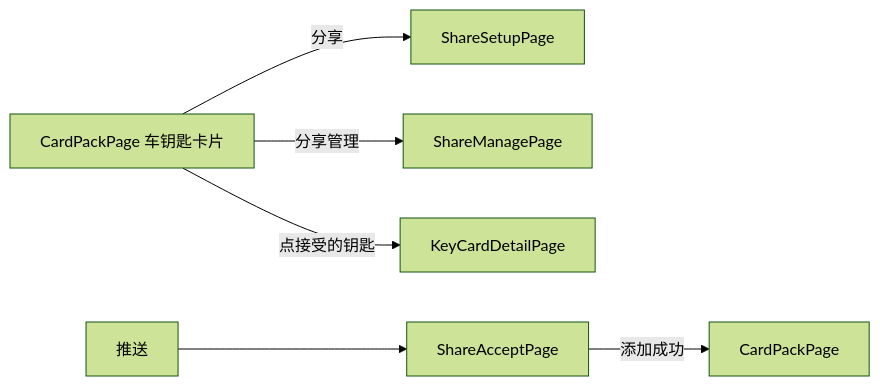
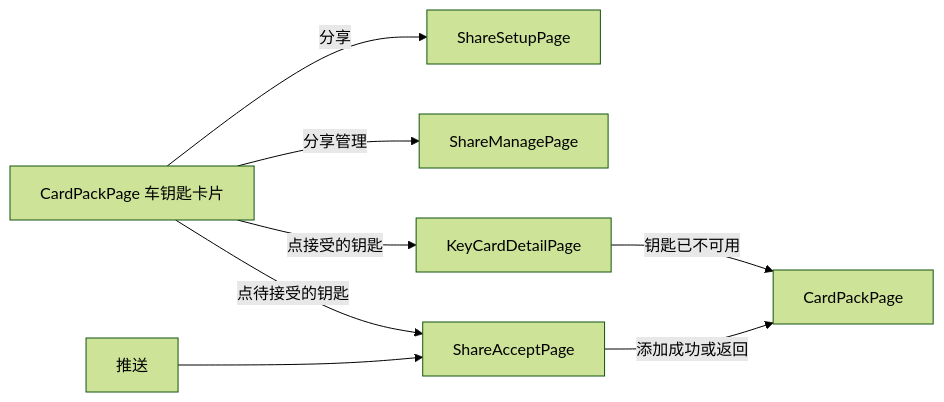
One commit to sqsqsq/SimulatedWalletForHmos changed the second of 2 diagrams in doc/plan/2.0.3/2026-10-07-整体设计/实施反馈/金样候选/car-key-sharing/update/sharing-wallet-slice/plan/plan.md. Above: the diagram before and after it, drawn with Mermaid (forest theme). The commit also changed other lines of this file and 31 other files, not shown here.

````diff
--- a/doc/plan/2.0.3/2026-10-07-整体设计/实施反馈/金样候选/car-key-sharing/update/sharing-wallet-slice/plan/plan.md
+++ b/doc/plan/2.0.3/2026-10-07-整体设计/实施反馈/金样候选/car-key-sharing/update/sharing-wallet-slice/plan/plan.md
@@ -135,8 +138,10 @@
 ```mermaid
 flowchart LR
     A["CardPackPage 车钥匙卡片"] -->|分享| B["ShareSetupPage"]
     A -->|分享管理| C["ShareManagePage"]
     A -->|点接受的钥匙| D["KeyCardDetailPage"]
-    E["推送"] --> F["ShareAcceptPage"]
-    F -->|添加成功| G["CardPackPage"]
+    A -->|点待接受的钥匙| F["ShareAcceptPage"]
+    E["推送"] --> F
+    F -->|添加成功或返回| G["CardPackPage"]
+    D -->|钥匙已不可用| G
 ```
````
